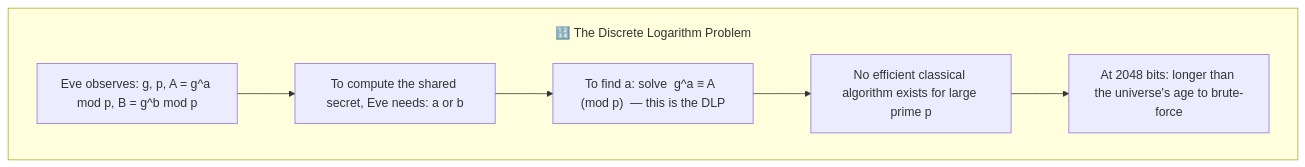
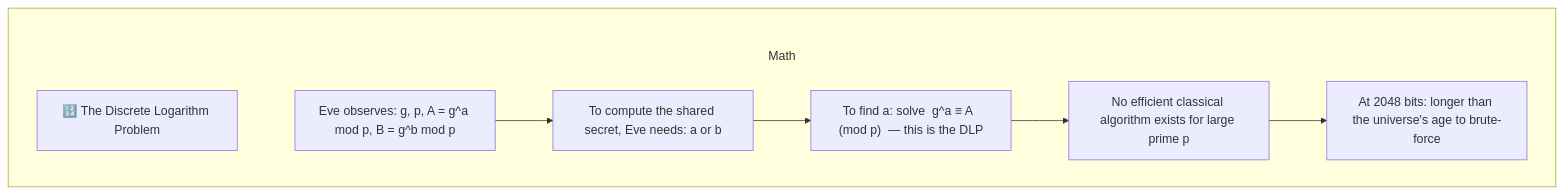
The second of 5 diagrams in src/main/java/security/keyexchange/README.md (csoares/SecurityJava), drawn with Mermaid before and after one commit. The commit also changed other lines of this file and 11 other files, not shown here.

Commit message:
Fix Mermaid subgraph title overlap by moving labels into title nodes Replace subgraph label syntax (which overlaps first node) with explicit title nodes inside each subgraph, connected via invisible edges (~~~). Also increase subGraphTitleMargin top padding from 20 to 50 for extra space.

````diff
--- a/src/main/java/security/keyexchange/README.md
+++ b/src/main/java/security/keyexchange/README.md
@@ -45,12 +45,14 @@
 ```mermaid
-%%{init: {'flowchart': {'subGraphTitleMargin': {'top': 20, 'bottom': 5}}}}%%
+%%{init: {'flowchart': {'subGraphTitleMargin': {'top': 50, 'bottom': 10}}}}%%
 flowchart TD
-    subgraph Math ["🔢 The Discrete Logarithm Problem"]
+    subgraph Math
+        T_Math["🔢 The Discrete Logarithm Problem"]
+        T_Math ~~~ M1
         M1["Eve observes: g, p, A = g^a mod p, B = g^b mod p"]
         M2["To compute the shared secret, Eve needs: a or b"]
         M3["To find a: solve  g^a ≡ A  (mod p)  — this is the DLP"]
         M4["No efficient classical algorithm exists for large prime p"]
         M5["At 2048 bits: longer than the universe's age to brute-force"]
         M1 --> M2 --> M3 --> M4 --> M5
     end
 ```
````
